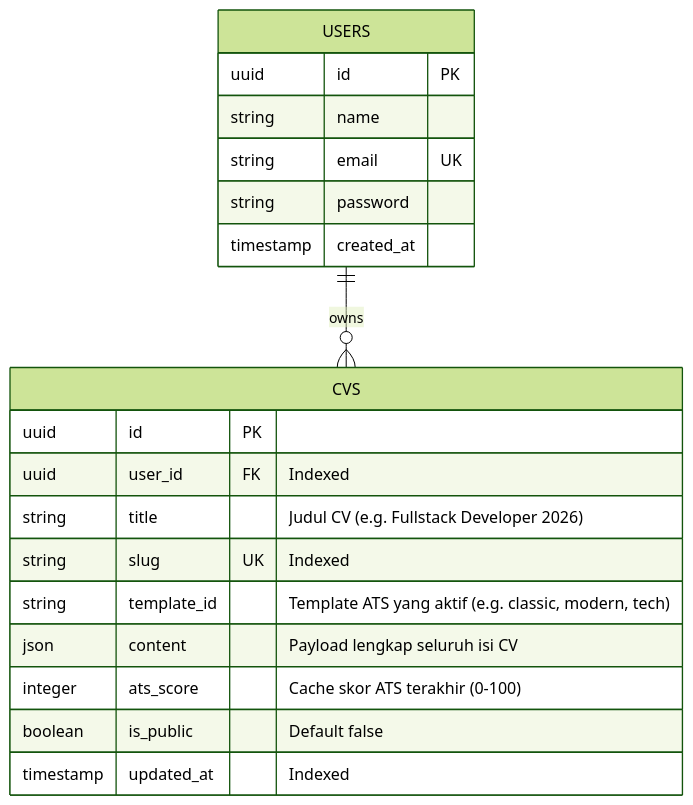
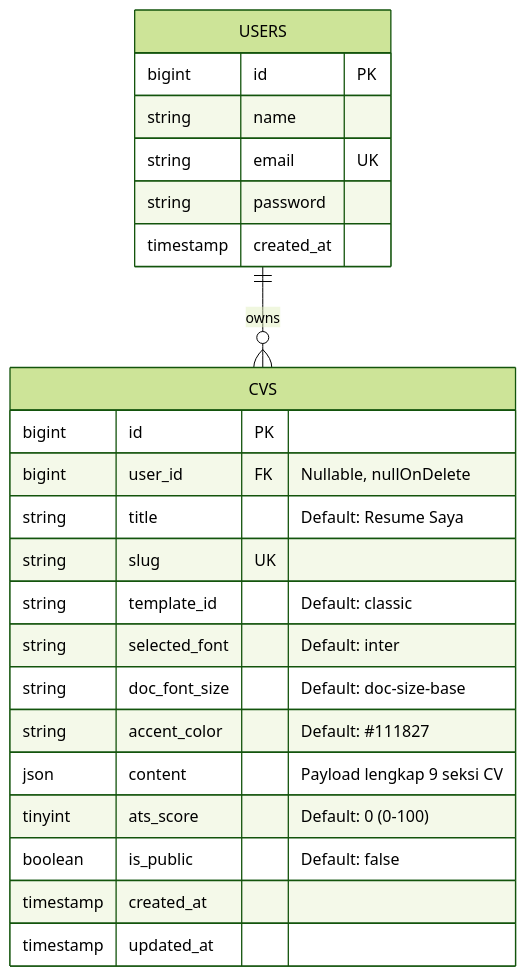
One commit to AnangML/BikinCV changed the second of 2 diagrams in md/ARCHITECTURE_DATABASE.md. Above: the diagram before and after it, drawn with Mermaid (forest theme). The commit also changed other lines of this file and 8 other files, not shown here.

````diff
--- a/md/ARCHITECTURE_DATABASE.md
+++ b/md/ARCHITECTURE_DATABASE.md
@@ -34,24 +34,28 @@
 ```mermaid
 erDiagram
     USERS ||--o{ CVS : owns
 
     USERS {
-        uuid id PK
+        bigint id PK
         string name
         string email UK
         string password
         timestamp created_at
     }
 
     CVS {
-        uuid id PK
-        uuid user_id FK "Indexed"
-        string title "Judul CV (e.g. Fullstack Developer 2026)"
-        string slug UK "Indexed"
-        string template_id "Template ATS yang aktif (e.g. classic, modern, tech)"
-        json content "Payload lengkap seluruh isi CV"
-        integer ats_score "Cache skor ATS terakhir (0-100)"
-        boolean is_public "Default false"
-        timestamp updated_at "Indexed"
+        bigint id PK
+        bigint user_id FK "Nullable, nullOnDelete"
+        string title "Default: Resume Saya"
+        string slug UK
+        string template_id "Default: classic"
+        string selected_font "Default: inter"
+        string doc_font_size "Default: doc-size-base"
+        string accent_color "Default: #111827"
+        json content "Payload lengkap 9 seksi CV"
+        tinyint ats_score "Default: 0 (0-100)"
+        boolean is_public "Default: false"
+        timestamp created_at
+        timestamp updated_at
     }
 ```
````
